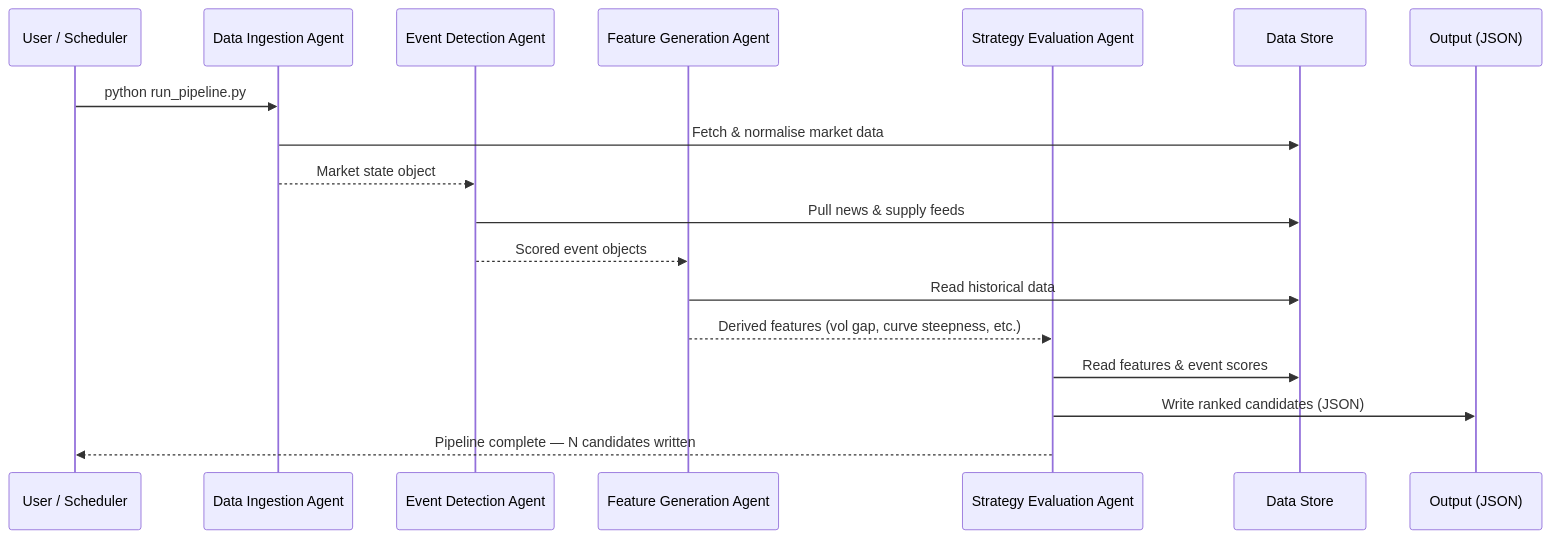
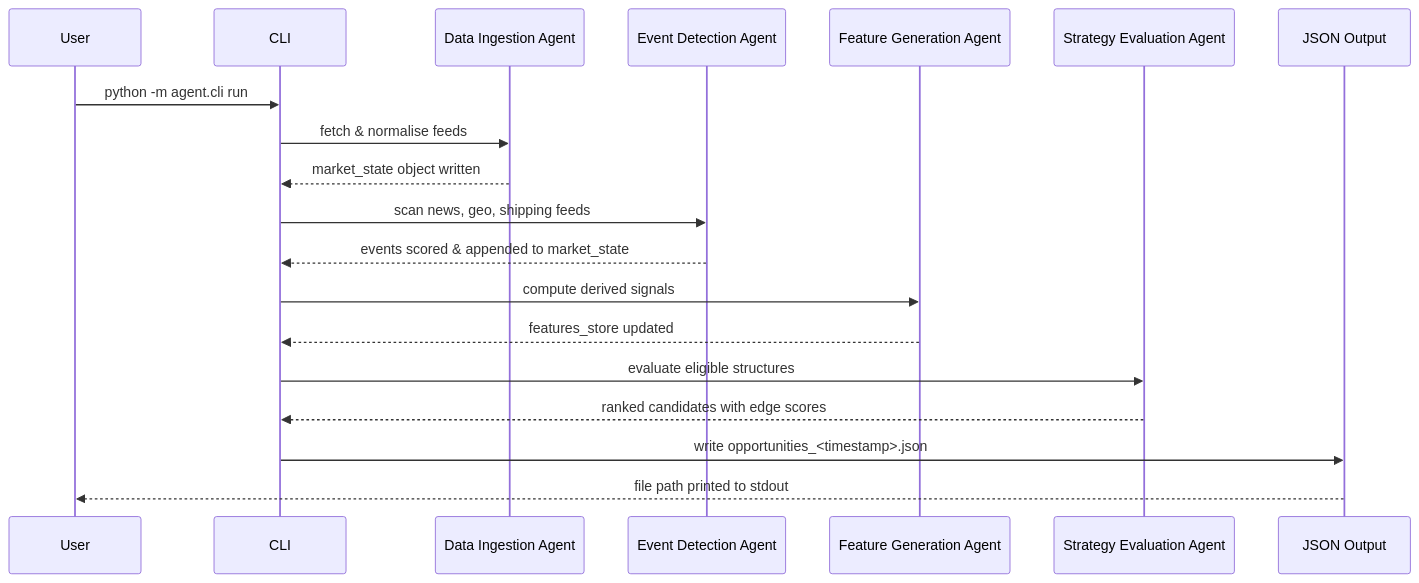
Before and after one commit to jeisenback/golden_boy_peanuts: the second of 2 diagrams in docs/generated/user_guide_full-pipeline.md, drawn with Mermaid. The commit also changed other lines of this file and 4 other files, not shown here.

First line of the commit message:
feat(alternative-data): implement run_alternative_data_ingestion — orchestrate Phase 3 fetch functions (#154) (#199)

````diff
--- a/docs/generated/user_guide_full-pipeline.md
+++ b/docs/generated/user_guide_full-pipeline.md
@@ -232,24 +192,22 @@
 ```mermaid
 sequenceDiagram
-    participant CLI as User / Scheduler
-    participant DIA as Data Ingestion Agent
-    participant EDA as Event Detection Agent
-    participant FGA as Feature Generation Agent
-    participant SEA as Strategy Evaluation Agent
-    participant Store as Data Store
-    participant Out as Output (JSON)
+    participant User
+    participant CLI
+    participant Ingestion as Data Ingestion Agent
+    participant Event as Event Detection Agent
+    participant Feature as Feature Generation Agent
+    participant Strategy as Strategy Evaluation Agent
+    participant Output as JSON Output
 
-    CLI->>DIA: python run_pipeline.py
-    DIA->>Store: Fetch & normalise market data
-    DIA-->>EDA: Market state object
-
-    EDA->>Store: Pull news & supply feeds
-    EDA-->>FGA: Scored event objects
-
-    FGA->>Store: Read historical data
-    FGA-->>SEA: Derived features (vol gap, curve steepness, etc.)
-
-    SEA->>Store: Read features & event scores
-    SEA->>Out: Write ranked candidates (JSON)
-    SEA-->>CLI: Pipeline complete — N candidates written
+    User->>CLI: python -m agent.cli run
+    CLI->>Ingestion: fetch & normalise feeds
+    Ingestion-->>CLI: market_state object written
+    CLI->>Event: scan news, geo, shipping feeds
+    Event-->>CLI: events scored & appended to market_state
+    CLI->>Feature: compute derived signals
+    Feature-->>CLI: features_store updated
+    CLI->>Strategy: evaluate eligible structures
+    Strategy-->>CLI: ranked candidates with edge scores
+    CLI->>Output: write opportunities_<timestamp>.json
+    Output-->>User: file path printed to stdout
 ```
````
